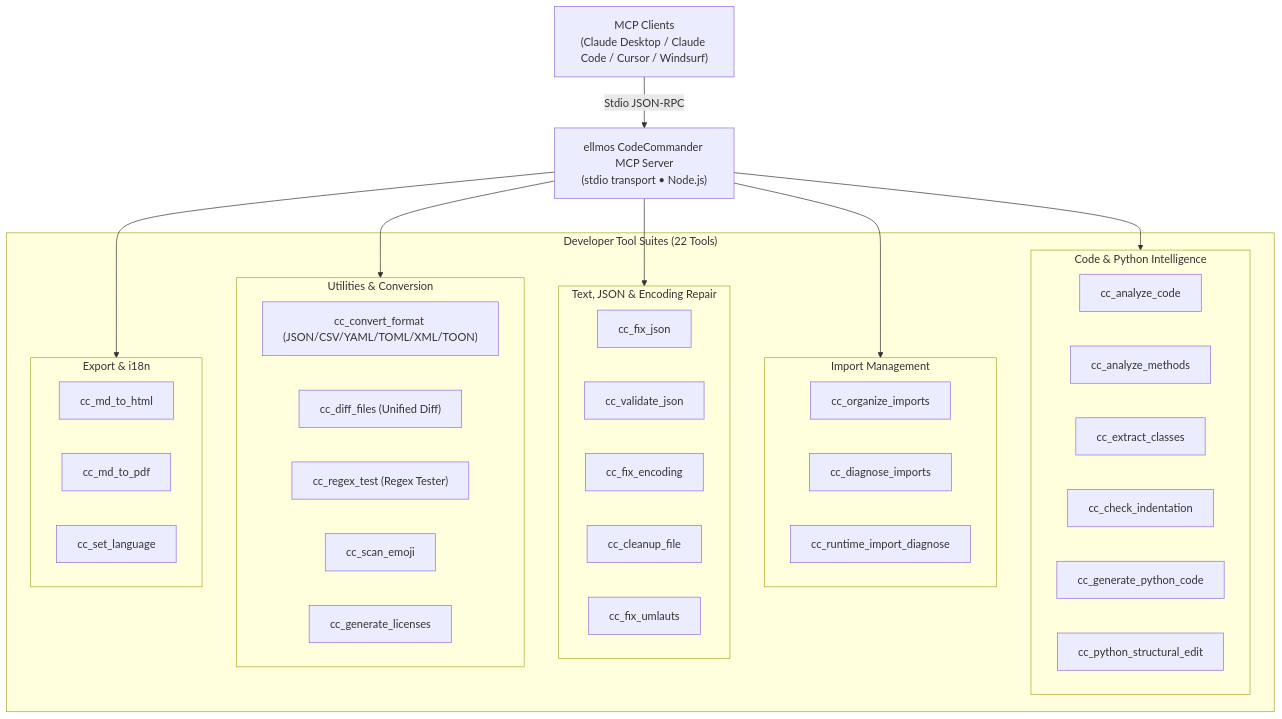
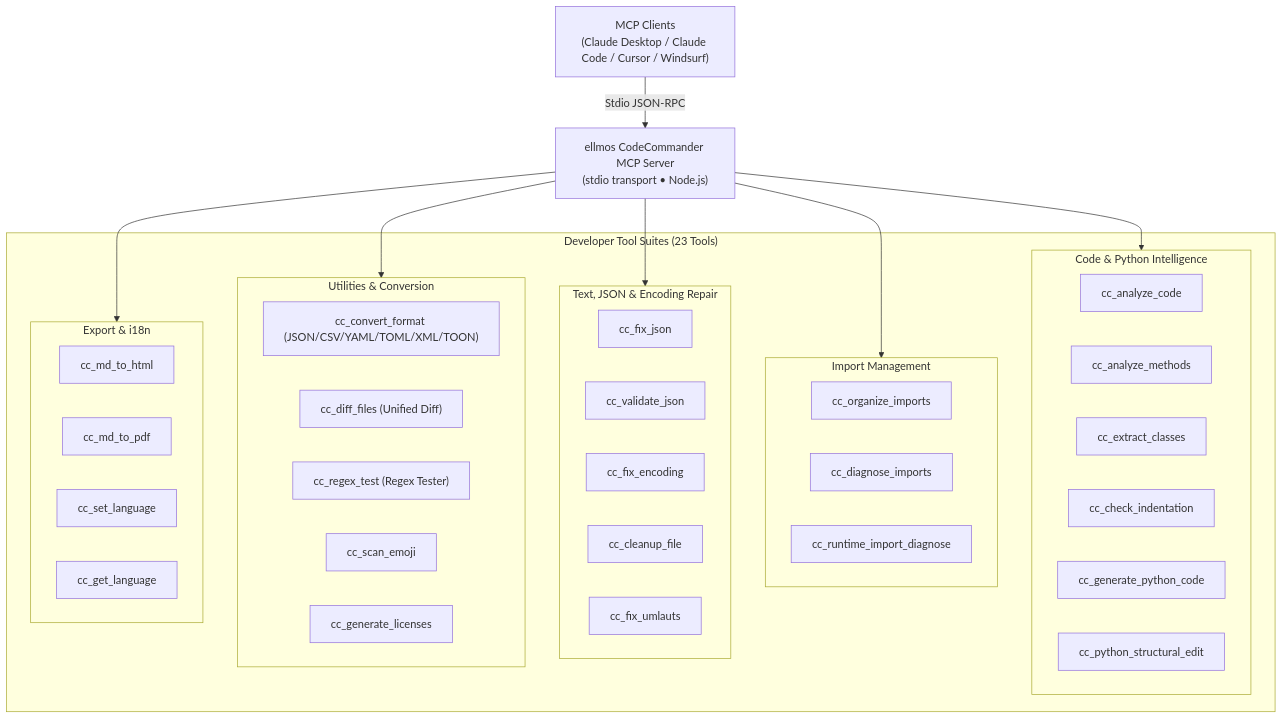
Before and after one commit to ellmos-ai/ellmos-codecommander-mcp: the first of 2 diagrams in README.md, drawn with Mermaid. The commit also changed other lines of this file and 18 other files, not shown here.

Commit message:
feat: add cc_get_language tool, bump to v1.3.24, and sync sibling metadata (#11)

````diff
--- a/README.md
+++ b/README.md
@@ -35,51 +35,52 @@
 ```mermaid
 graph TD
     Client["MCP Clients<br/>(Claude Desktop / Claude Code / Cursor / Windsurf)"]
     Server["ellmos CodeCommander MCP Server<br/>(stdio transport • Node.js)"]
 
-    subgraph Tools["Developer Tool Suites (22 Tools)"]
+    subgraph Tools["Developer Tool Suites (23 Tools)"]
         subgraph CodeIntel["Code & Python Intelligence"]
             C1["cc_analyze_code"]
             C2["cc_analyze_methods"]
             C3["cc_extract_classes"]
             C4["cc_check_indentation"]
             C5["cc_generate_python_code"]
             C6["cc_python_structural_edit"]
         end
 
         subgraph Imports["Import Management"]
             I1["cc_organize_imports"]
             I2["cc_diagnose_imports"]
             I3["cc_runtime_import_diagnose"]
         end
 
         subgraph Repair["Text, JSON & Encoding Repair"]
             R1["cc_fix_json"]
             R2["cc_validate_json"]
             R3["cc_fix_encoding"]
             R4["cc_cleanup_file"]
             R5["cc_fix_umlauts"]
         end
 
         subgraph Utility["Utilities & Conversion"]
             U1["cc_convert_format (JSON/CSV/YAML/TOML/XML/TOON)"]
             U2["cc_diff_files (Unified Diff)"]
             U3["cc_regex_test (Regex Tester)"]
             U4["cc_scan_emoji"]
             U5["cc_generate_licenses"]
         end
 
         subgraph Export["Export & i18n"]
             E1["cc_md_to_html"]
             E2["cc_md_to_pdf"]
             E3["cc_set_language"]
+            E4["cc_get_language"]
         end
     end
 
     Client -->|Stdio JSON-RPC| Server
     Server --> CodeIntel
     Server --> Imports
     Server --> Repair
     Server --> Utility
     Server --> Export
 ```
````
